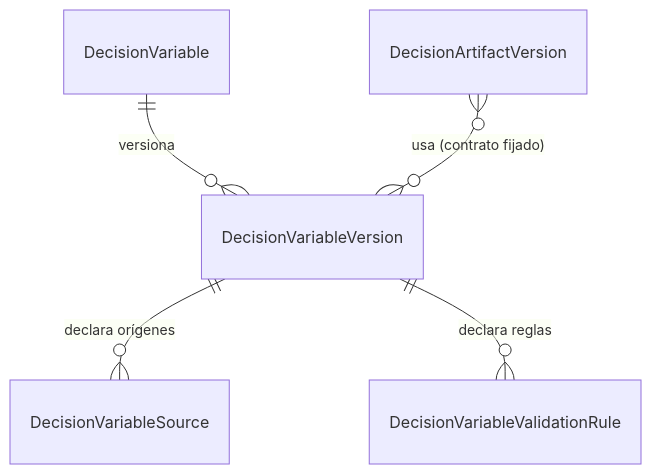
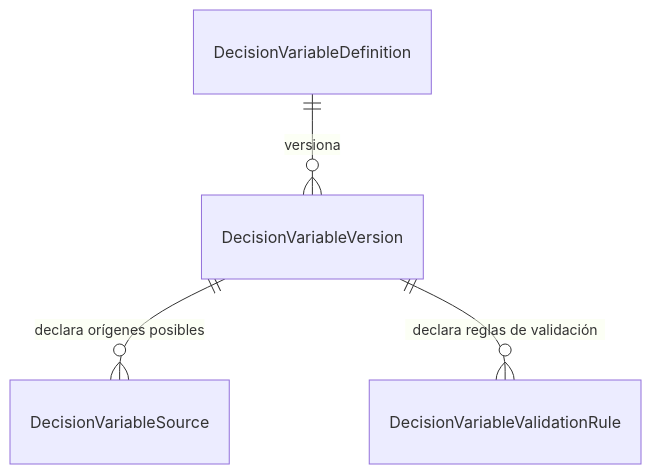
One commit to PabloArauzCaballero/AtlasDecisionEngineBackend changed the second of 18 diagrams in docs/data/relationships.md. Above: the diagram before and after it, drawn with Mermaid. The commit also changed other lines of this file and 1264 other files, not shown here.

````diff
--- a/docs/data/relationships.md
+++ b/docs/data/relationships.md
@@ -23,7 +39,6 @@
 ```mermaid
 erDiagram
-    DecisionVariable ||--o{ DecisionVariableVersion : "versiona"
-    DecisionVariableVersion ||--o{ DecisionVariableSource : "declara orígenes"
-    DecisionVariableVersion ||--o{ DecisionVariableValidationRule : "declara reglas"
-    DecisionArtifactVersion }o--o{ DecisionVariableVersion : "usa (contrato fijado)"
+    DecisionVariableDefinition ||--o{ DecisionVariableVersion : "versiona"
+    DecisionVariableVersion ||--o{ DecisionVariableSource : "declara orígenes posibles"
+    DecisionVariableVersion ||--o{ DecisionVariableValidationRule : "declara reglas de validación"
 ```
````
